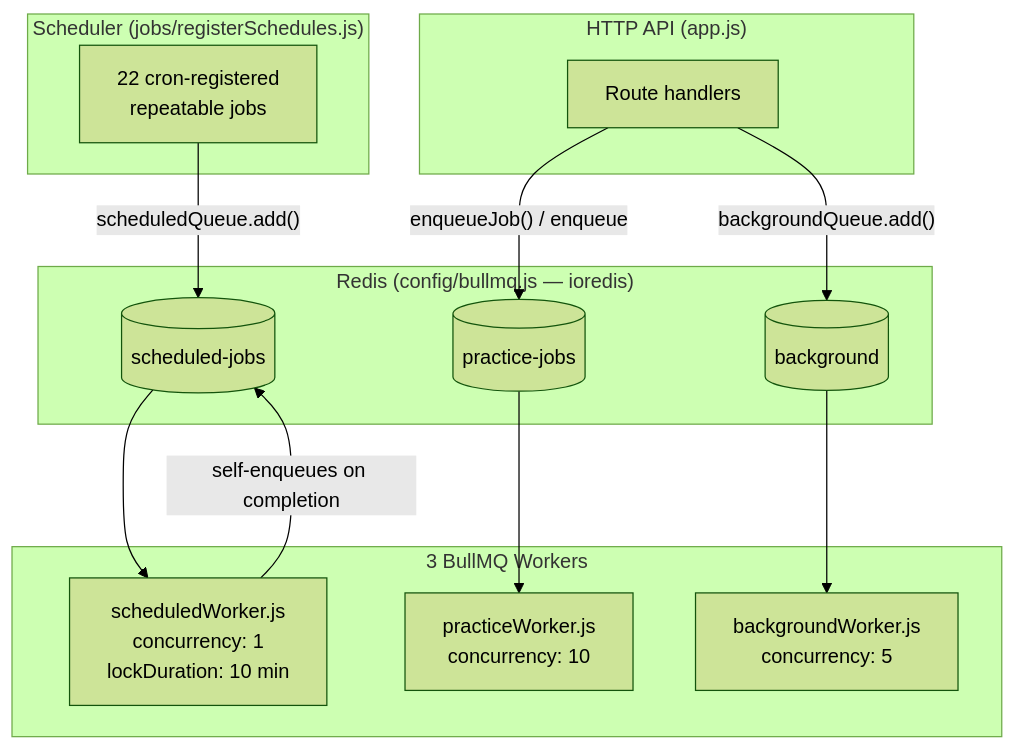
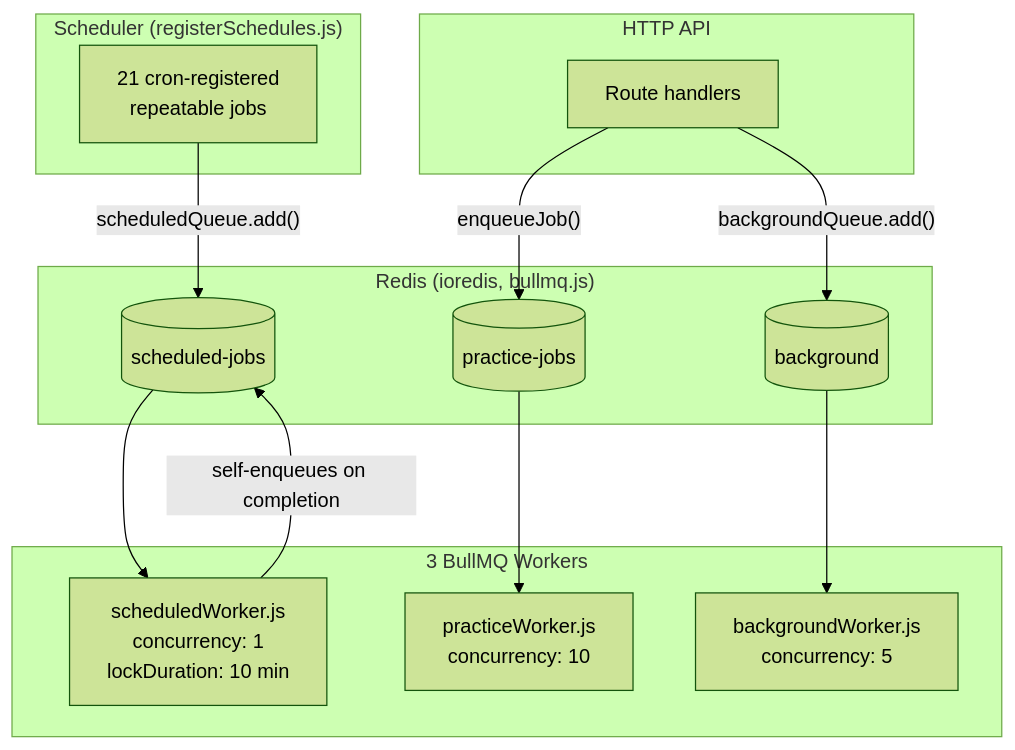
The first of 3 diagrams in BACKGROUND_JOBS.md (Devpaul-01/Foundersales), drawn with Mermaid (forest theme) before and after one commit. The commit also changed other lines of this file and 3 other files, not shown here.

First line of the commit message:
docs: update product overview, README, architecture, and background jobs with assets

````diff
--- a/BACKGROUND_JOBS.md
+++ b/BACKGROUND_JOBS.md
@@ -25,32 +21,32 @@
 ```mermaid
 flowchart TB
-    subgraph API["HTTP API (app.js)"]
+    subgraph API["HTTP API"]
         R1[Route handlers]
     end
 
-    subgraph SCHED["Scheduler (jobs/registerSchedules.js)"]
-        CRON["22 cron-registered\nrepeatable jobs"]
+    subgraph SCHED["Scheduler (registerSchedules.js)"]
+        CRON["21 cron-registered\nrepeatable jobs"]
     end
 
-    subgraph REDIS["Redis (config/bullmq.js — ioredis)"]
+    subgraph REDIS["Redis (ioredis, bullmq.js)"]
         BQ[(scheduled-jobs)]
         PQ[(practice-jobs)]
         BGQ[(background)]
     end
 
     subgraph WORKERS["3 BullMQ Workers"]
         W1["scheduledWorker.js\nconcurrency: 1\nlockDuration: 10 min"]
         W2["practiceWorker.js\nconcurrency: 10"]
         W3["backgroundWorker.js\nconcurrency: 5"]
     end
 
-    R1 -- "enqueueJob() / enqueue" --> PQ
+    R1 -- "enqueueJob()" --> PQ
     R1 -- "backgroundQueue.add()" --> BGQ
     CRON -- "scheduledQueue.add()" --> BQ
 
     BQ --> W1
     PQ --> W2
     BGQ --> W3
 
     W1 -- "self-enqueues on completion" --> BQ
 ```
````
